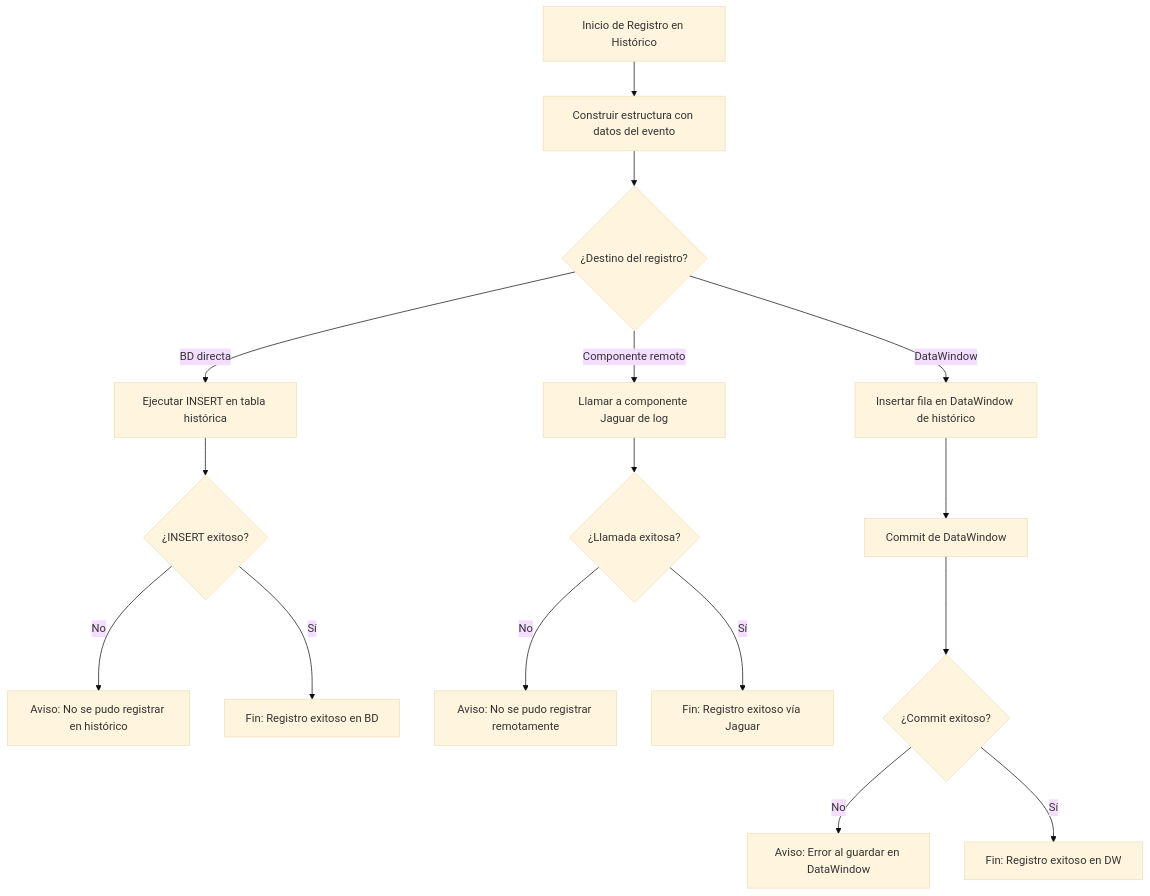
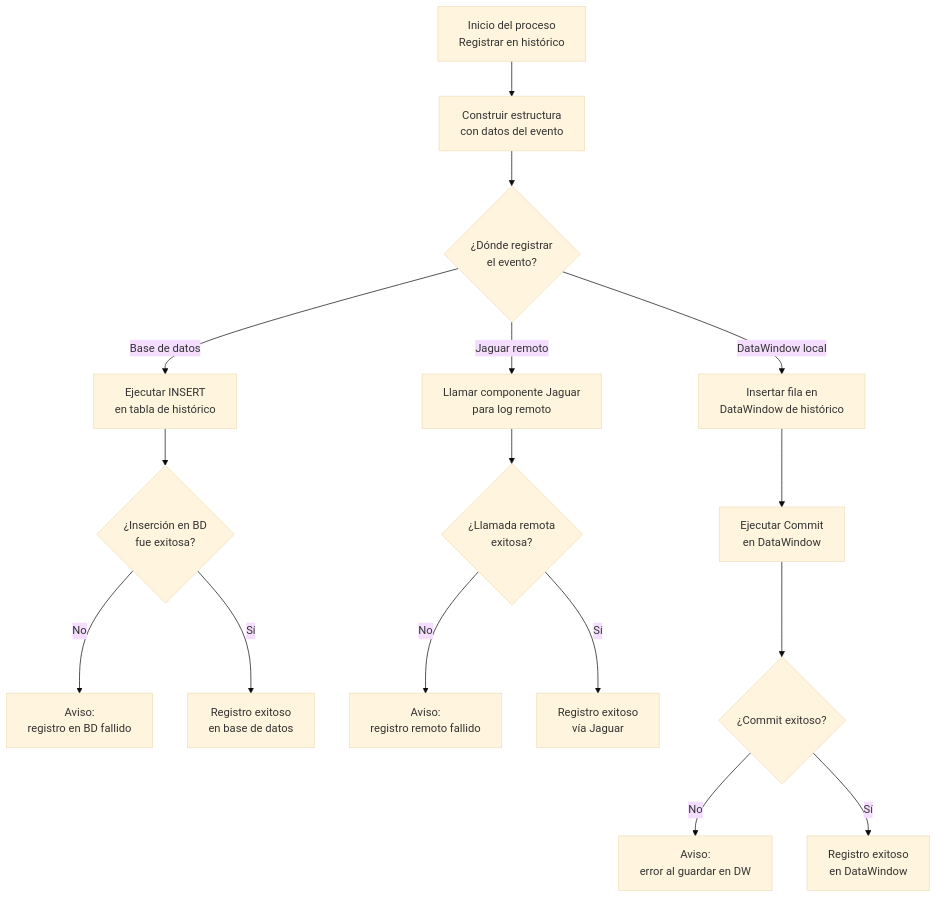
Before and after one commit to pepices/PBLEntradaUnica: the diagram in readmeREgistrarEnHistorico.md, drawn with Mermaid (base theme).

Commit message:
Update Mermaid diagram text formatting

````diff
--- a/readmeREgistrarEnHistorico.md
+++ b/readmeREgistrarEnHistorico.md
@@ -53,22 +53,22 @@
 ```mermaid
 flowchart TD
-    Start["Inicio de Registro en Histórico"]
-    Start --> BuildLog["Construir estructura con datos del evento"]
-    BuildLog --> ChooseDestino{"¿Destino del registro?"}
+    Start["Inicio del proceso</br>Registrar en histórico"]
+    Start --> BuildLog["Construir estructura</br>con datos del evento"]
+    BuildLog --> ChooseDestino{"¿Dónde registrar</br>el evento?"}
 
-    ChooseDestino -- BD directa --> InsertSQL["Ejecutar INSERT en tabla histórica"]
-    InsertSQL --> LogResult1{"¿INSERT exitoso?"}
-    LogResult1 -- No --> Warn1["Aviso: No se pudo registrar en histórico"]
-    LogResult1 -- Sí --> End1["Fin: Registro exitoso en BD"]
+    ChooseDestino -- Base de datos --> InsertSQL["Ejecutar INSERT</br>en tabla de histórico"]
+    InsertSQL --> LogResult1{"¿Inserción en BD</br>fue exitosa?"}
+    LogResult1 -- No --> Warn1["Aviso:</br>registro en BD fallido"]
+    LogResult1 -- Sí --> End1["Registro exitoso</br>en base de datos"]
 
-    ChooseDestino -- Componente remoto --> CallRemote["Llamar a componente Jaguar de log"]
-    CallRemote --> LogResult2{"¿Llamada exitosa?"}
-    LogResult2 -- No --> Warn2["Aviso: No se pudo registrar remotamente"]
-    LogResult2 -- Sí --> End2["Fin: Registro exitoso vía Jaguar"]
+    ChooseDestino -- Jaguar remoto --> CallRemote["Llamar componente Jaguar</br>para log remoto"]
+    CallRemote --> LogResult2{"¿Llamada remota</br>exitosa?"}
+    LogResult2 -- No --> Warn2["Aviso:</br>registro remoto fallido"]
+    LogResult2 -- Sí --> End2["Registro exitoso</br>vía Jaguar"]
 
-    ChooseDestino -- DataWindow --> SetDW["Insertar fila en DataWindow de histórico"]
-    SetDW --> CommitDW["Commit de DataWindow"]
+    ChooseDestino -- DataWindow local --> SetDW["Insertar fila en</br>DataWindow de histórico"]
+    SetDW --> CommitDW["Ejecutar Commit</br>en DataWindow"]
     CommitDW --> LogResult3{"¿Commit exitoso?"}
-    LogResult3 -- No --> Warn3["Aviso: Error al guardar en DataWindow"]
-    LogResult3 -- Sí --> End3["Fin: Registro exitoso en DW"]
+    LogResult3 -- No --> Warn3["Aviso:</br>error al guardar en DW"]
+    LogResult3 -- Sí --> End3["Registro exitoso</br>en DataWindow"]
 ```
````
